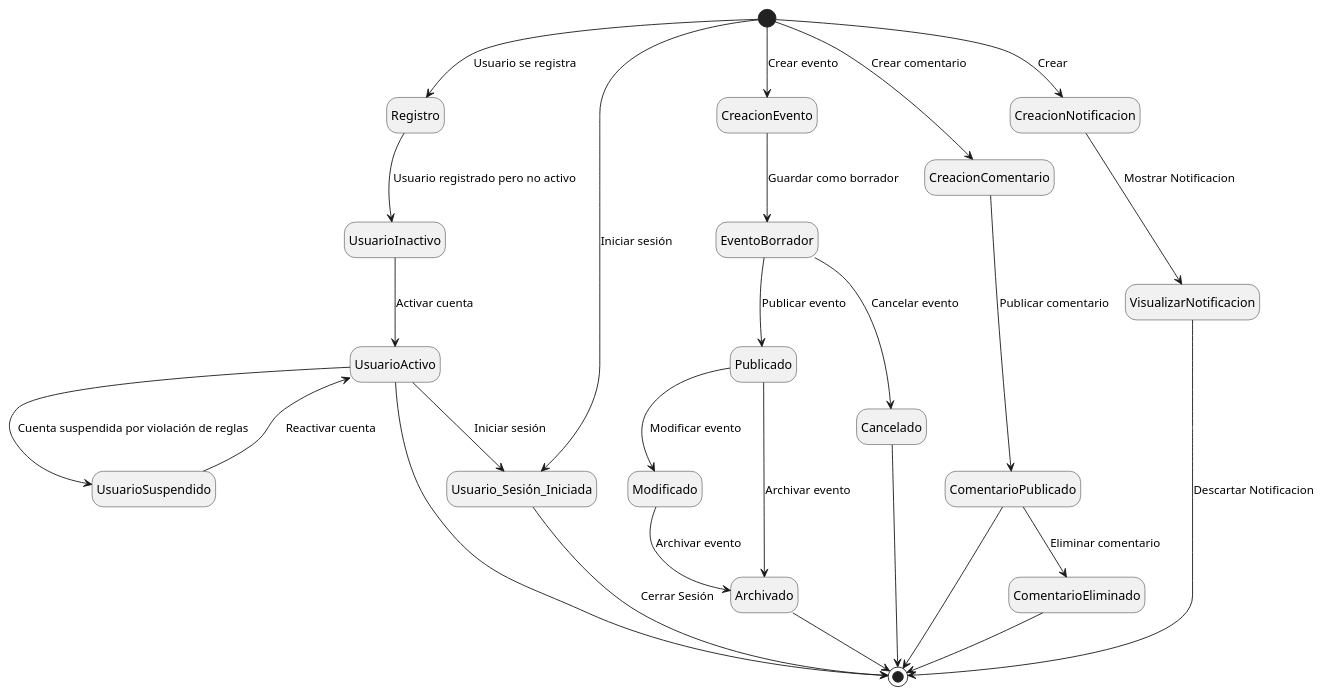
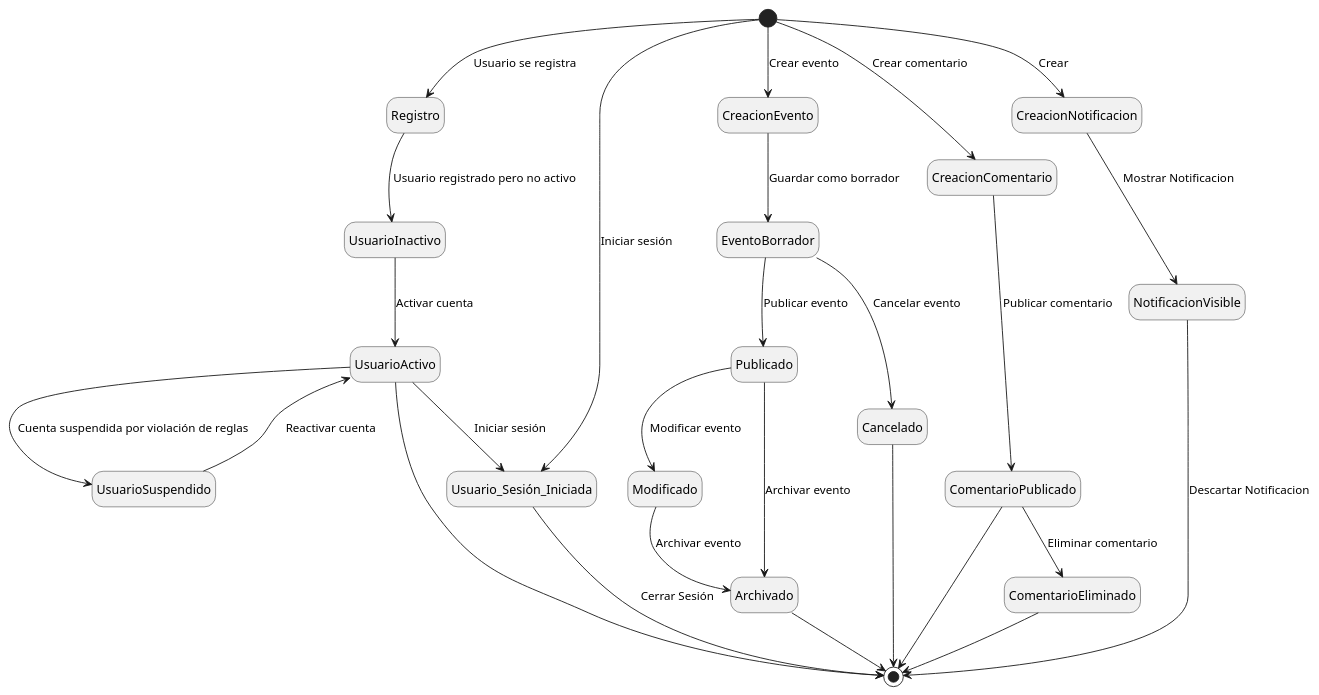
One commit to Andreinalcm/Proyecto_de_inge_grupo4 changed the diagram in docs/diagrams/diagrama_de_estado.plantuml. Above: the diagram before and after it, drawn with PlantUML. The commit also changed 1 other file, not shown here.

```diff
--- a/docs/diagrams/diagrama_de_estado.plantuml
+++ b/docs/diagrams/diagrama_de_estado.plantuml
@@ -1,41 +1,41 @@
 @startuml Diagrama de estados
 
 hide empty description
 
 ' Estado inicial
 [*] --> Registro : Usuario se registra
 
 ' Estados del Usuario
 Registro --> UsuarioInactivo : Usuario registrado pero no activo
 UsuarioInactivo --> UsuarioActivo : Activar cuenta
 UsuarioActivo --> UsuarioSuspendido : Cuenta suspendida por violación de reglas
 UsuarioSuspendido --> UsuarioActivo : Reactivar cuenta
 UsuarioActivo --> [*]
 UsuarioActivo --> Usuario_Sesión_Iniciada : Iniciar sesión
 Usuario_Sesión_Iniciada --> [*] : Cerrar Sesión
 [*] --> Usuario_Sesión_Iniciada : Iniciar sesión
 
 ' Estados del Evento
 [*] --> CreacionEvento : Crear evento
 CreacionEvento --> EventoBorrador : Guardar como borrador
 EventoBorrador --> Publicado : Publicar evento
 Publicado --> Modificado: Modificar evento
 Modificado --> Archivado: Archivar evento
 Publicado --> Archivado : Archivar evento
 EventoBorrador --> Cancelado : Cancelar evento
 Cancelado --> [*]
 Archivado --> [*]
 
 ' Estados del Comentario
 [*] --> CreacionComentario : Crear comentario
 CreacionComentario --> ComentarioPublicado : Publicar comentario
 ComentarioPublicado --> ComentarioEliminado : Eliminar comentario
 ComentarioPublicado --> [*]
 ComentarioEliminado --> [*]
 
 ' Estados de las Notificaciones
 [*] --> CreacionNotificacion : Crear
-CreacionNotificacion --> VisualizarNotificacion : Mostrar Notificacion
-VisualizarNotificacion --> [*] : Descartar Notificacion 
+CreacionNotificacion --> NotificacionVisible : Mostrar Notificacion
+NotificacionVisible --> [*] : Descartar Notificacion 
 
 @enduml
```
